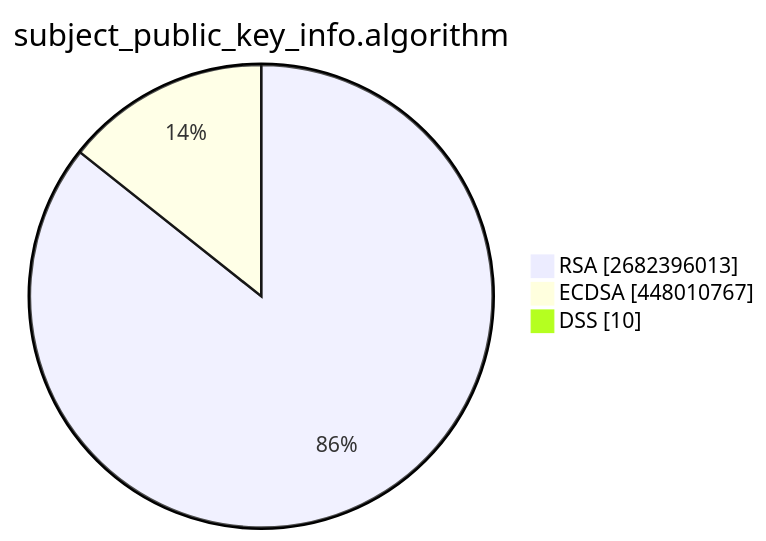
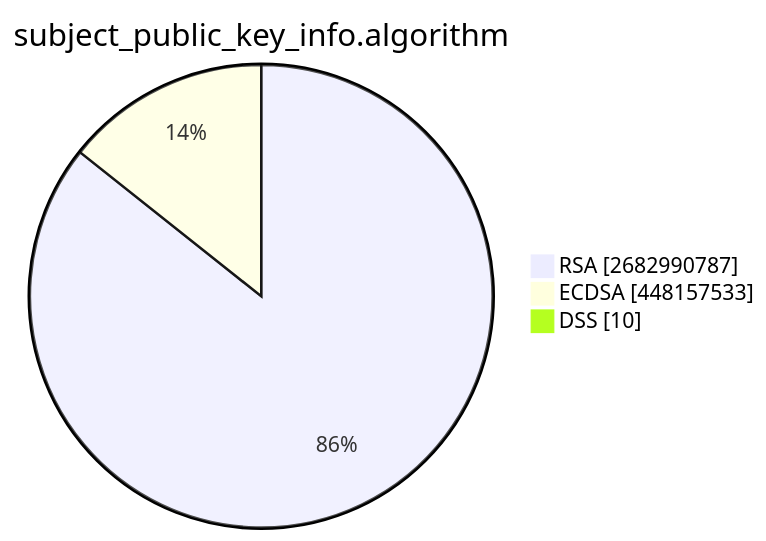
The second of 15 diagrams in TOTAL/README.md (christiankrug/ctmonitor_visualization), drawn with Mermaid before and after one commit. The commit also changed other lines of this file, not shown here.

````diff
--- a/TOTAL/README.md
+++ b/TOTAL/README.md
@@ -6,7 +6,7 @@
 ```mermaid
 pie showData
 title subject_public_key_info.algorithm
-"RSA" :2682396013
-"ECDSA" :448010767
+"RSA" :2682990787
+"ECDSA" :448157533
 "DSS" :10
 ```
````
